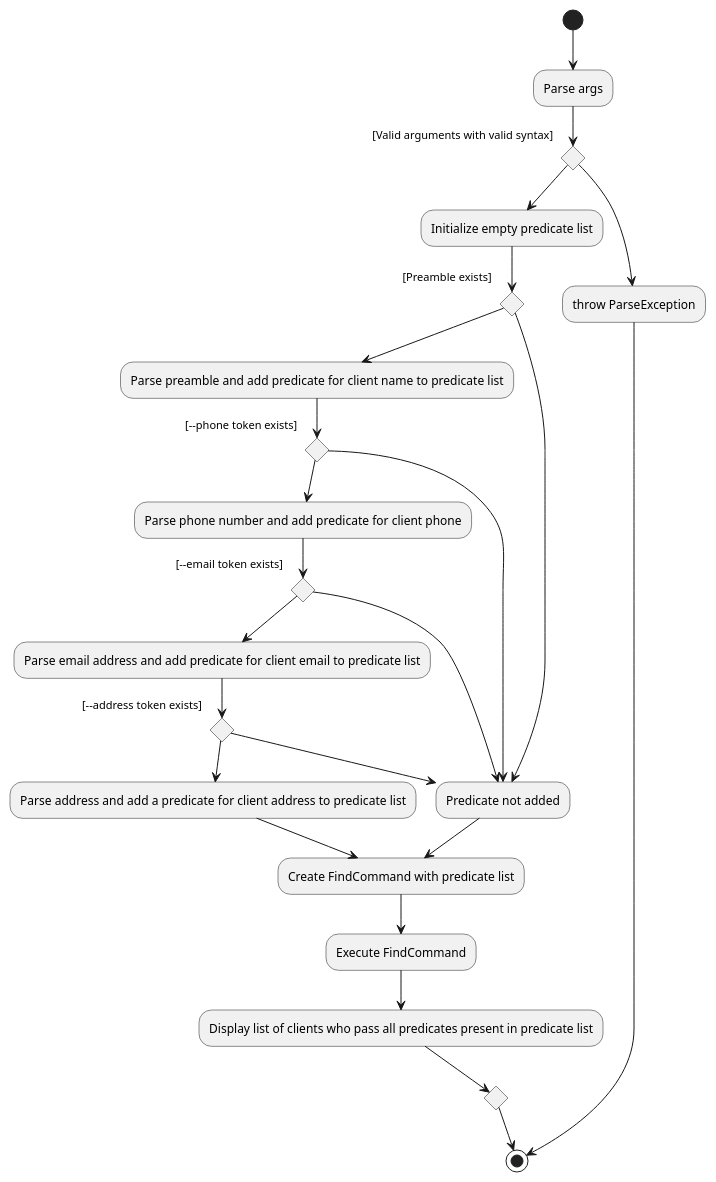
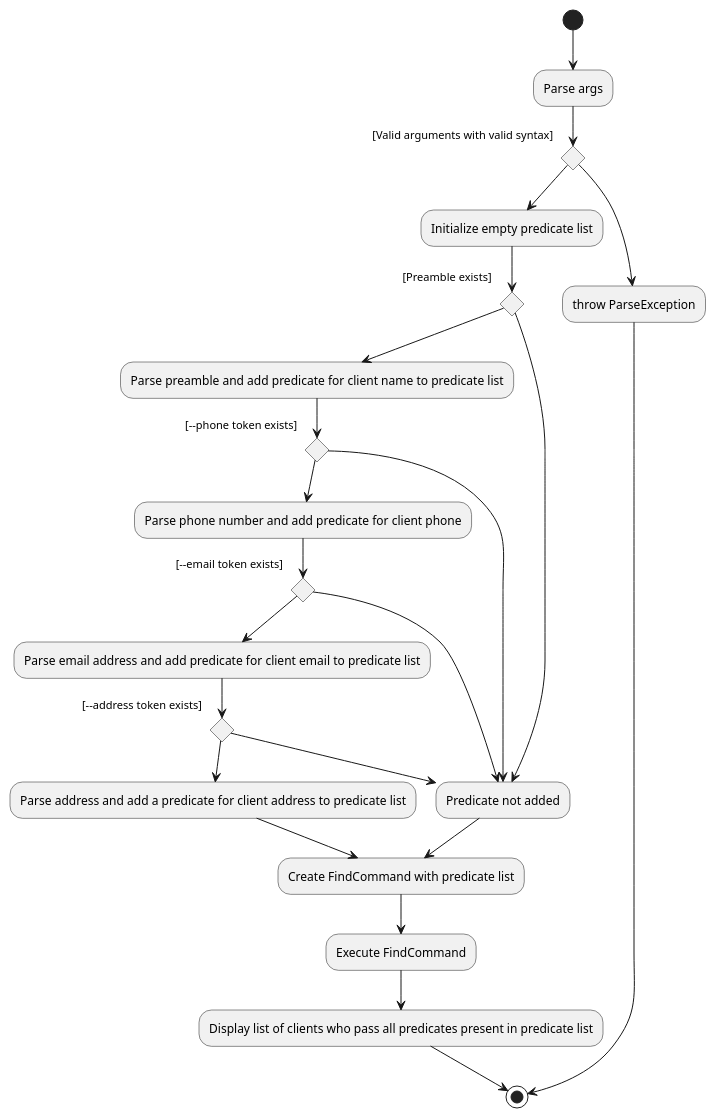
The diagram in docs/diagrams/DoneActivityDiagram.puml (youyingfeng/tp), drawn with PlantUML before and after one commit. The commit also changed 7 other files, not shown here.

Commit message:
Update uml diagrams

```diff
--- a/docs/diagrams/DoneActivityDiagram.puml
+++ b/docs/diagrams/DoneActivityDiagram.puml
@@ -1,36 +1,34 @@
 @startuml
 (*) --> Parse args
 if "[Valid arguments with valid syntax]" then
     --> Initialize empty predicate list
     if "[Preamble exists]" then
         --> Parse preamble and add predicate for client name to predicate list
         if "[--phone token exists]" then
             --> Parse phone number and add predicate for client phone
             if "[--email token exists]" then
                 --> Parse email address and add predicate for client email to predicate list
                 if "[--address token exists]" then
                     --> Parse address and add a predicate for client address to predicate list
                         --> Create FindCommand with predicate list
                         --> Execute FindCommand
                         --> Display list of clients who pass all predicates present in predicate list
-                            if "" then
-                                --> (*)
-                            endif
+                             --> (*)
                 else
                     --> Predicate not added
                 endif
             else
                 --> Predicate not added
             endif
         else
             --> Predicate not added
         endif
     else
         --> Predicate not added
         --> Create FindCommand with predicate list
     endif
 else
     --> throw ParseException
     --> (*)
 endif
 @enduml
```
